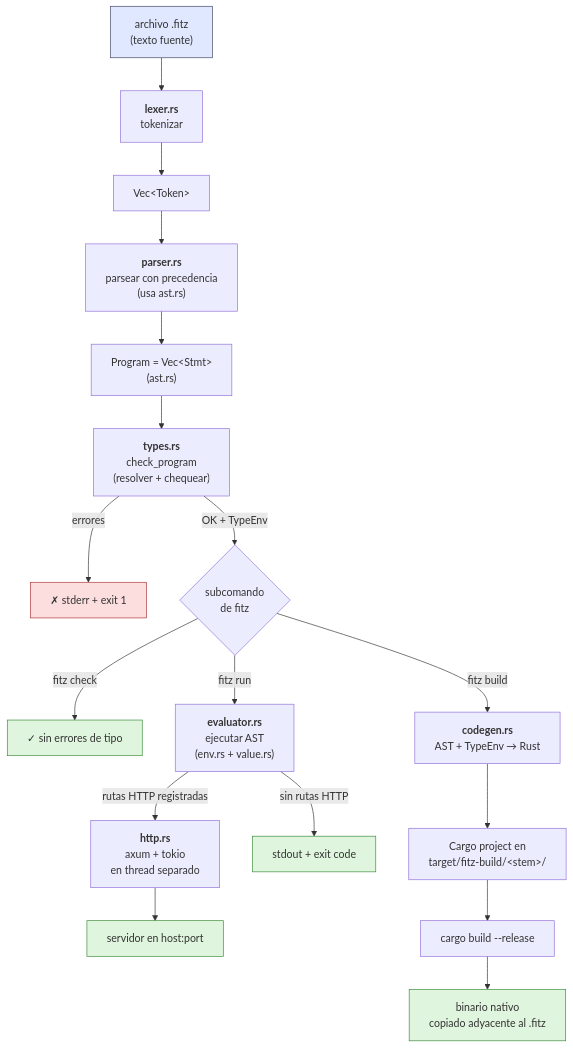
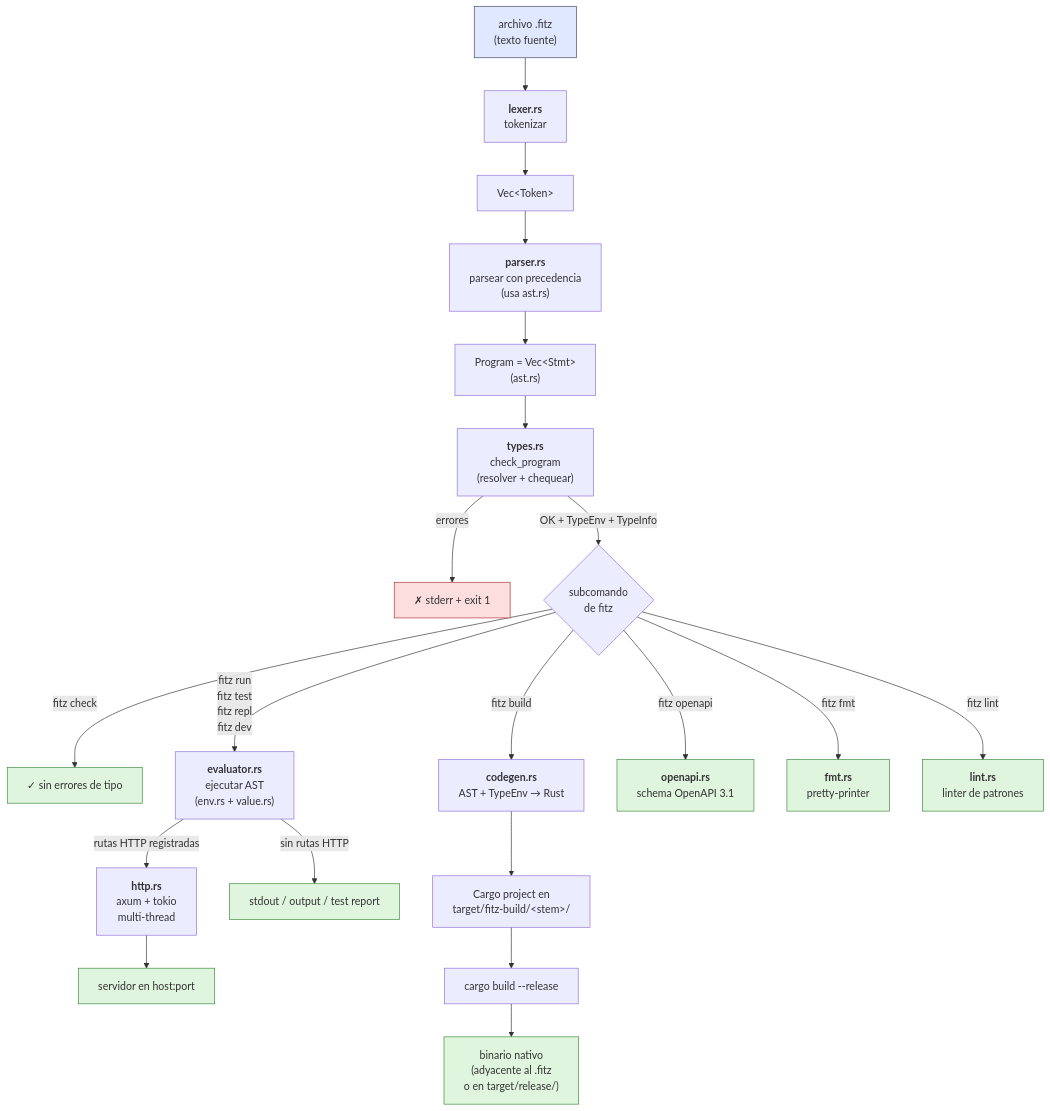
The diagram in docs/architecture.md (Thegreekman76/fitz), drawn with Mermaid before and after one commit. The commit also changed other lines of this file and 12 other files, not shown here.

First line of the commit message:
docs(post-9.z): refresh masivo + cap 16b PM + fix bug fmt + architecture.md

````diff
--- a/docs/architecture.md
+++ b/docs/architecture.md
@@ -11,29 +18,33 @@
 ```mermaid
 flowchart TD
     Source["archivo .fitz<br/>(texto fuente)"] --> Lexer["<b>lexer.rs</b><br/>tokenizar"]
     Lexer --> Tokens["Vec&lt;Token&gt;"]
     Tokens --> Parser["<b>parser.rs</b><br/>parsear con precedencia<br/>(usa ast.rs)"]
     Parser --> AST["Program = Vec&lt;Stmt&gt;<br/>(ast.rs)"]
     AST --> Checker["<b>types.rs</b><br/>check_program<br/>(resolver + chequear)"]
     Checker -->|errores| Abort["✗ stderr + exit 1"]
-    Checker -->|OK + TypeEnv| Fork{"subcomando<br/>de fitz"}
+    Checker -->|OK + TypeEnv + TypeInfo| Fork{"subcomando<br/>de fitz"}
 
     Fork -->|fitz check| OK["✓ sin errores de tipo"]
 
-    Fork -->|fitz run| Eval["<b>evaluator.rs</b><br/>ejecutar AST<br/>(env.rs + value.rs)"]
-    Eval -->|rutas HTTP registradas| Http["<b>http.rs</b><br/>axum + tokio<br/>en thread separado"]
-    Eval -->|sin rutas HTTP| StdOut["stdout + exit code"]
+    Fork -->|fitz run<br/>fitz test<br/>fitz repl<br/>fitz dev| Eval["<b>evaluator.rs</b><br/>ejecutar AST<br/>(env.rs + value.rs)"]
+    Eval -->|rutas HTTP registradas| Http["<b>http.rs</b><br/>axum + tokio<br/>multi-thread"]
+    Eval -->|sin rutas HTTP| StdOut["stdout / output / test report"]
     Http --> Server["servidor en host:port"]
 
     Fork -->|fitz build| Codegen["<b>codegen.rs</b><br/>AST + TypeEnv → Rust"]
     Codegen --> Project["Cargo project en<br/>target/fitz-build/&lt;stem&gt;/"]
     Project --> Cargo["cargo build --release"]
-    Cargo --> Bin["binario nativo<br/>copiado adyacente al .fitz"]
+    Cargo --> Bin["binario nativo<br/>(adyacente al .fitz<br/>o en target/release/)"]
+
+    Fork -->|fitz openapi| OpenApi["<b>openapi.rs</b><br/>schema OpenAPI 3.1"]
+    Fork -->|fitz fmt| Fmt["<b>fmt.rs</b><br/>pretty-printer"]
+    Fork -->|fitz lint| Lint["<b>lint.rs</b><br/>linter de patrones"]
 
     classDef good fill:#dff5dd,stroke:#3a8a3a
     classDef bad fill:#fcdede,stroke:#a33
     classDef input fill:#e0e8ff,stroke:#446
     class Source input
-    class OK,StdOut,Server,Bin good
+    class OK,StdOut,Server,Bin,OpenApi,Fmt,Lint good
     class Abort bad
 ```
````
